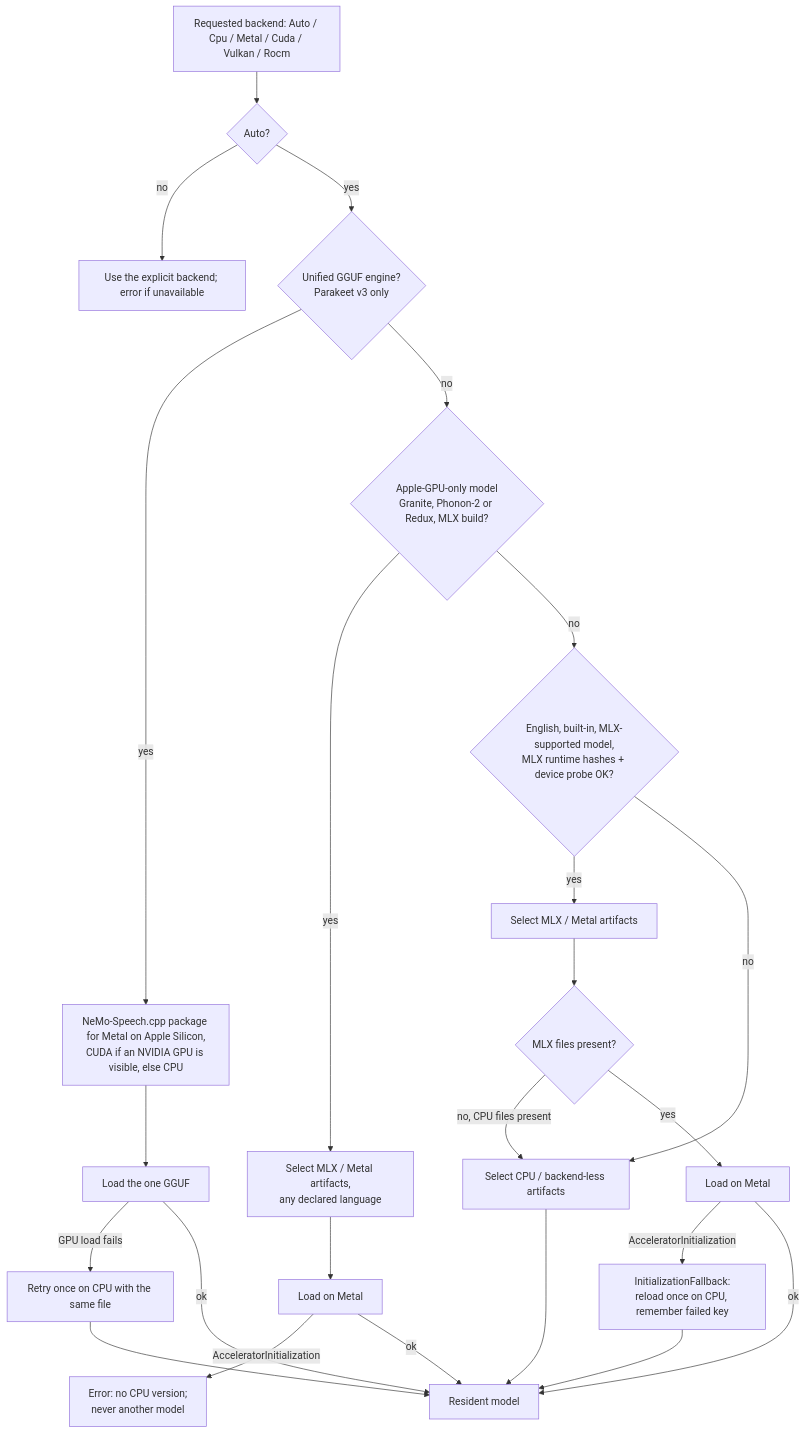
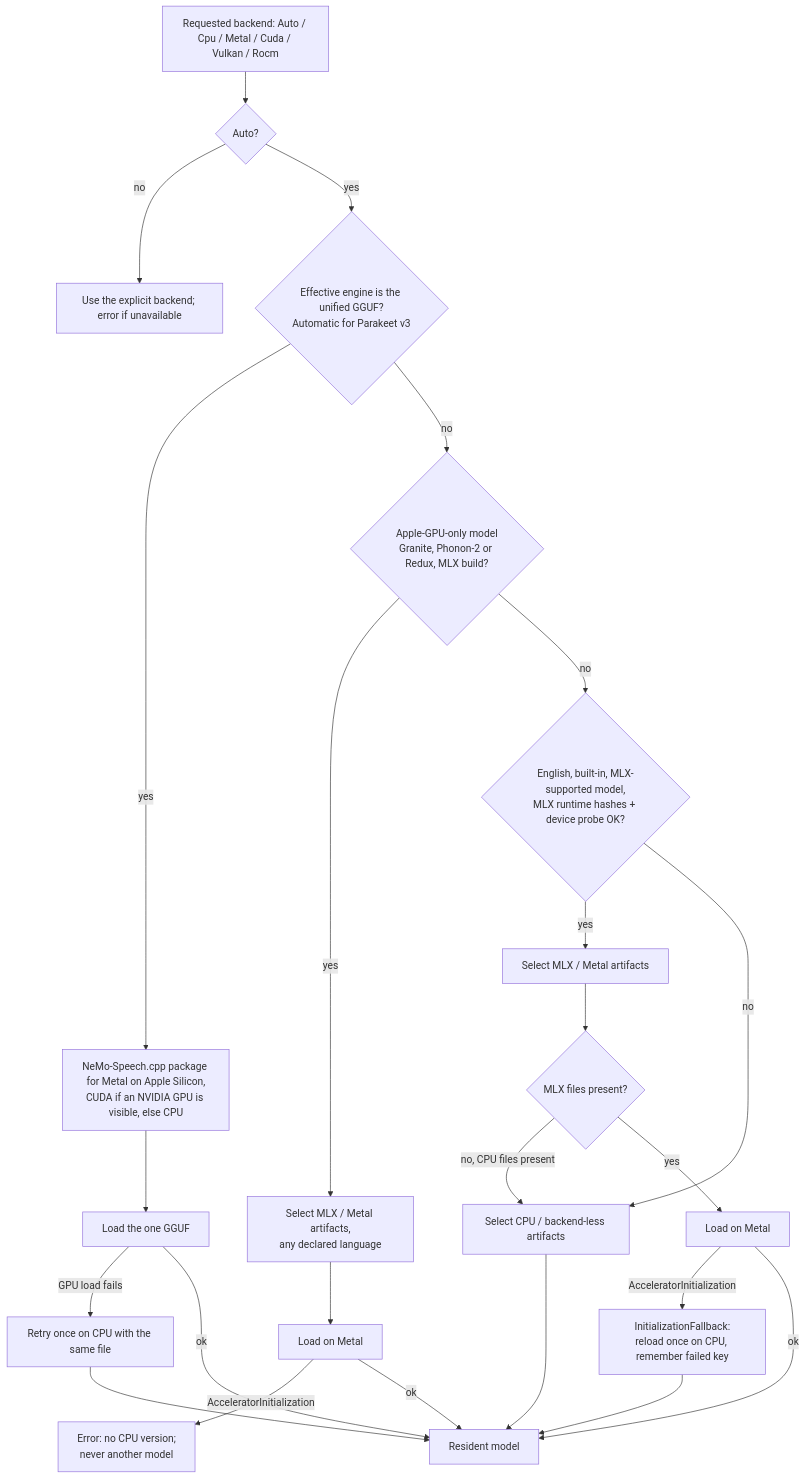
One commit to rahulsharmavishwakarma/vesper changed the fifth of 11 diagrams in docs/inference-architecture.md. Above: the diagram before and after it, drawn with Mermaid. The commit also changed other lines of this file and 8 other files, not shown here.

Commit message:
Record the Automatic speech engine in ADR-0026 and the guides (Refs #293)

````diff
--- a/docs/inference-architecture.md
+++ b/docs/inference-architecture.md
@@ -249,27 +249,27 @@
 ```mermaid
 flowchart TB
   req[Requested backend: Auto / Cpu / Metal / Cuda / Vulkan / Rocm]
   req --> auto{Auto?}
   auto -->|no| exact[Use the explicit backend; error if unavailable]
-  auto -->|yes| unified{Unified GGUF engine?<br/>Parakeet v3 only}
+  auto -->|yes| unified{Effective engine is the unified GGUF?<br/>Automatic for Parakeet v3}
   unified -->|yes| nemosel[NeMo-Speech.cpp package for Metal on Apple Silicon,<br/>CUDA if an NVIDIA GPU is visible, else CPU]
   nemosel --> nload[Load the one GGUF]
   nload -->|GPU load fails| nretry[Retry once on CPU with the same file]
   nload -->|ok| run
   nretry --> run
   unified -->|no| gpuonly{Apple-GPU-only model<br/>Granite, Phonon-2 or Redux, MLX build?}
   gpuonly -->|yes| gpusel[Select MLX / Metal artifacts,<br/>any declared language]
   gpusel --> gload[Load on Metal]
   gload -->|AcceleratorInitialization| gerr[Error: no CPU version;<br/>never another model]
   gload -->|ok| run
   gpuonly -->|no| mlxq{English, built-in, MLX-supported model,<br/>MLX runtime hashes + device probe OK?}
   mlxq -->|yes| mlxsel[Select MLX / Metal artifacts]
   mlxq -->|no| cpu[Select CPU / backend-less artifacts]
   mlxsel --> files{MLX files present?}
   files -->|no, CPU files present| cpu
   files -->|yes| load[Load on Metal]
   load -->|AcceleratorInitialization| fallback[InitializationFallback:<br/>reload once on CPU, remember failed key]
   load -->|ok| run[Resident model]
   cpu --> run
   fallback --> run
 ```
````
